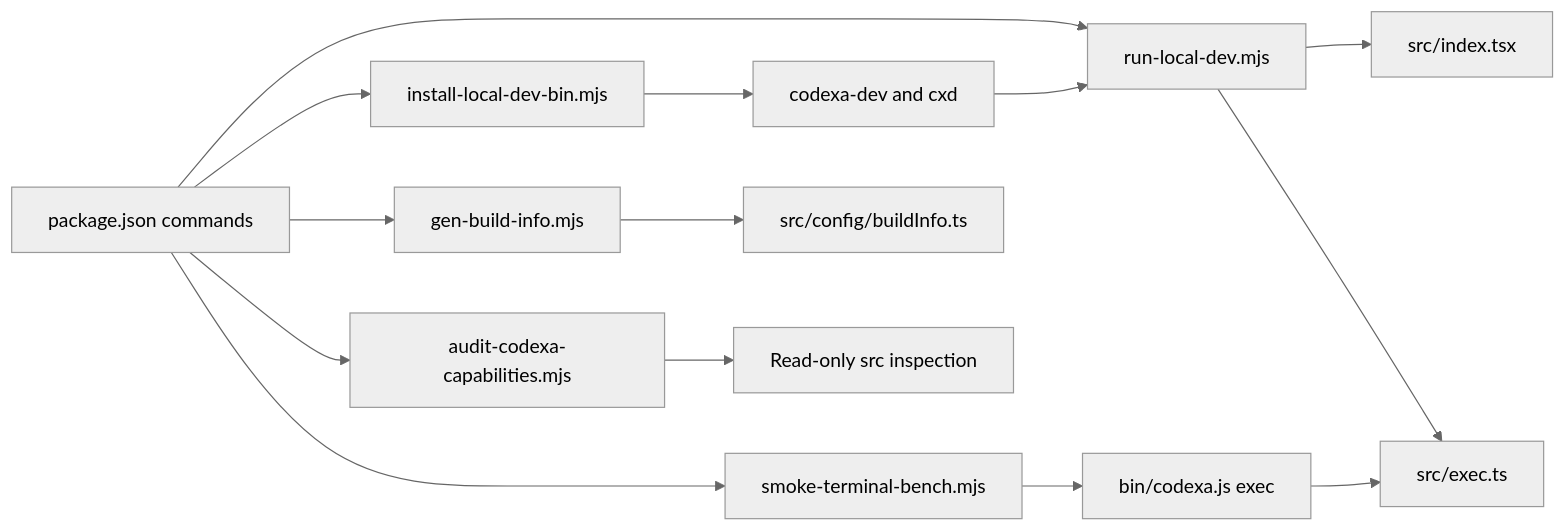
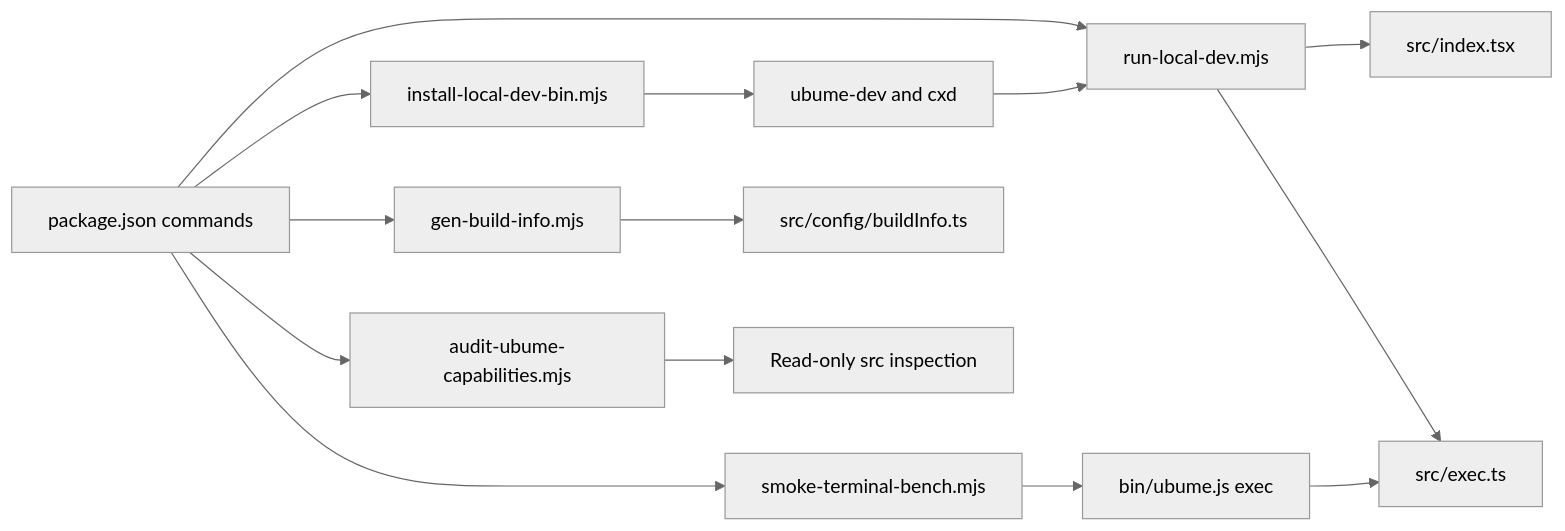
Before and after one commit to golba98/Ubume: the first of 9 diagrams in docs/ARCHITECTURE.md, drawn with Mermaid (neutral theme). The commit also changed other lines of this file and 188 other files, not shown here.

````diff
--- a/docs/ARCHITECTURE.md
+++ b/docs/ARCHITECTURE.md
@@ -34,17 +34,17 @@
 ```mermaid
 flowchart LR
   Package[package.json commands] --> Dev[run-local-dev.mjs]
   Package --> Install[install-local-dev-bin.mjs]
   Package --> Build[gen-build-info.mjs]
-  Package --> Audit[audit-codexa-capabilities.mjs]
+  Package --> Audit[audit-ubume-capabilities.mjs]
   Package --> Smoke[smoke-terminal-bench.mjs]
 
-  Install --> Shims[codexa-dev and cxd]
+  Install --> Shims[ubume-dev and cxd]
   Shims --> Dev
   Dev --> Interactive[src/index.tsx]
   Dev --> Headless[src/exec.ts]
   Build --> BuildInfo[src/config/buildInfo.ts]
   Audit --> Source[Read-only src inspection]
-  Smoke --> Launcher[bin/codexa.js exec]
+  Smoke --> Launcher[bin/ubume.js exec]
   Launcher --> Headless
 ```
````
